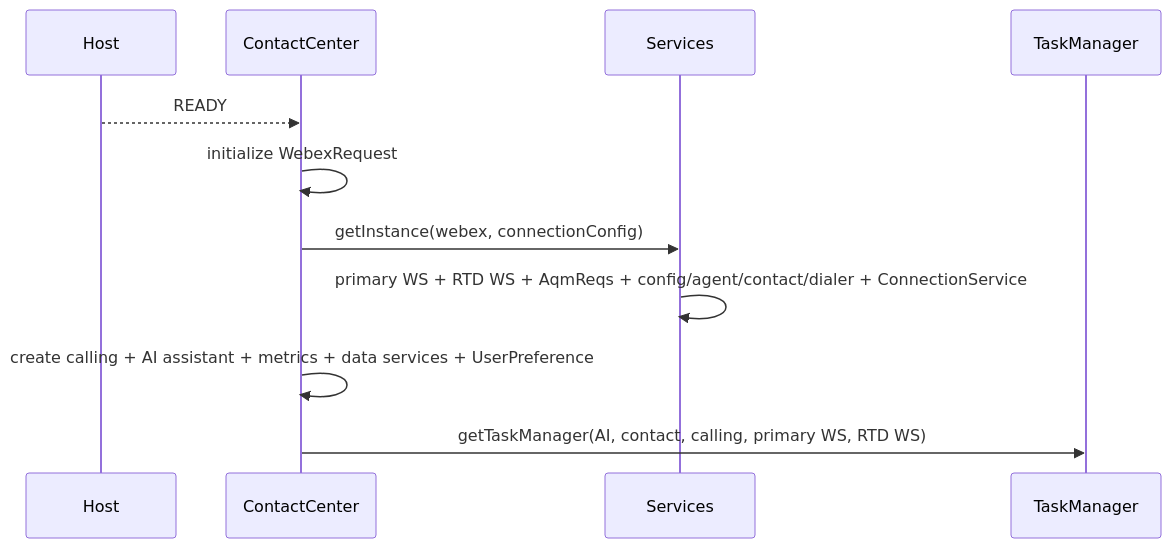
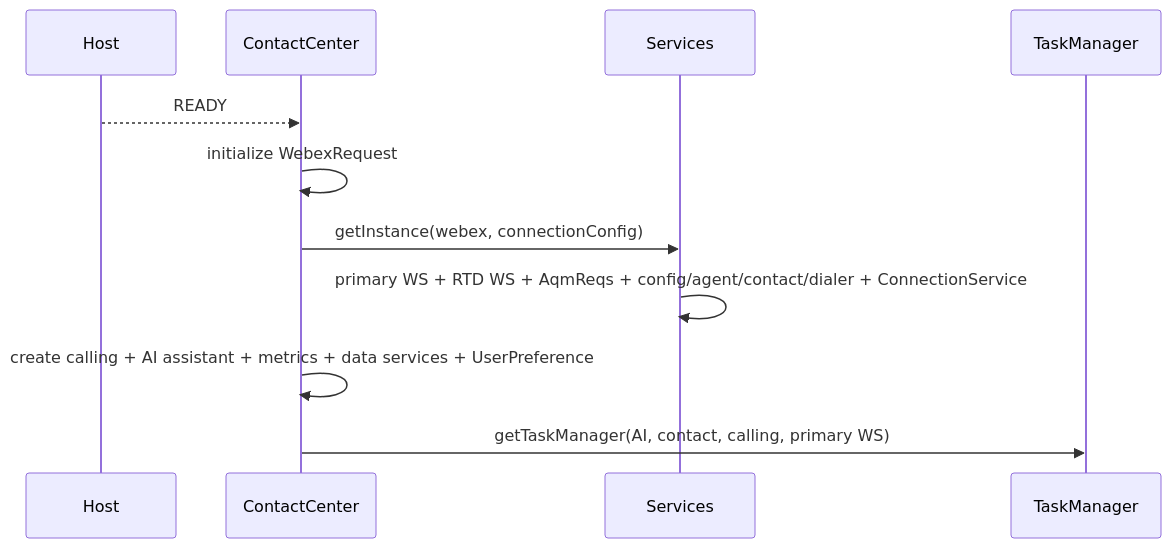
One commit to webex/webex-js-sdk changed the second of 6 diagrams in packages/@webex/contact-center/src/services/ai-docs/services-spec.md. Above: the diagram before and after it, drawn with Mermaid. The commit also changed other lines of this file and 5 other files, not shown here.

Commit message:
refactor(contact-center): simplify summary flow

````diff
--- a/packages/@webex/contact-center/src/services/ai-docs/services-spec.md
+++ b/packages/@webex/contact-center/src/services/ai-docs/services-spec.md
@@ -316,13 +316,13 @@
 ```mermaid
 sequenceDiagram
   participant Host
   participant CC as ContactCenter
   participant S as Services
   participant TM as TaskManager
   Host-->>CC: READY
   CC->>CC: initialize WebexRequest
   CC->>S: getInstance(webex, connectionConfig)
   S->>S: primary WS + RTD WS + AqmReqs + config/agent/contact/dialer + ConnectionService
   CC->>CC: create calling + AI assistant + metrics + data services + UserPreference
-  CC->>TM: getTaskManager(AI, contact, calling, primary WS, RTD WS)
+  CC->>TM: getTaskManager(AI, contact, calling, primary WS)
 ```
````
